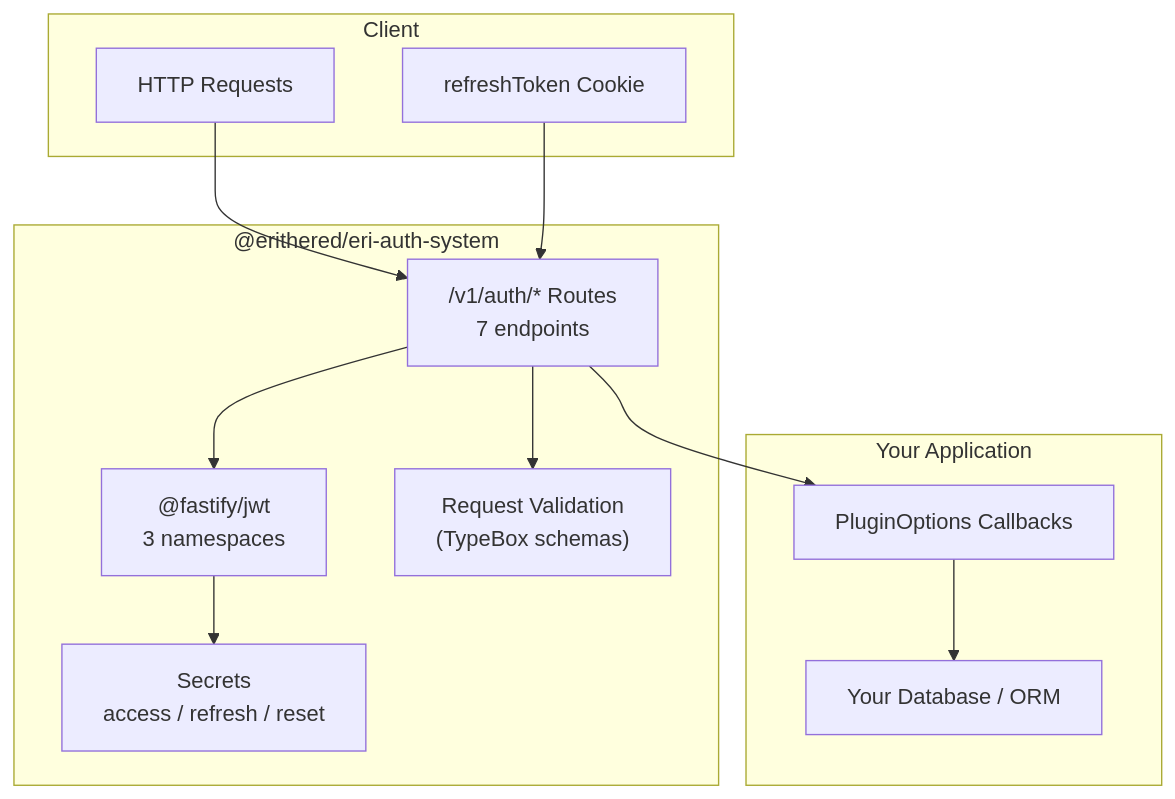
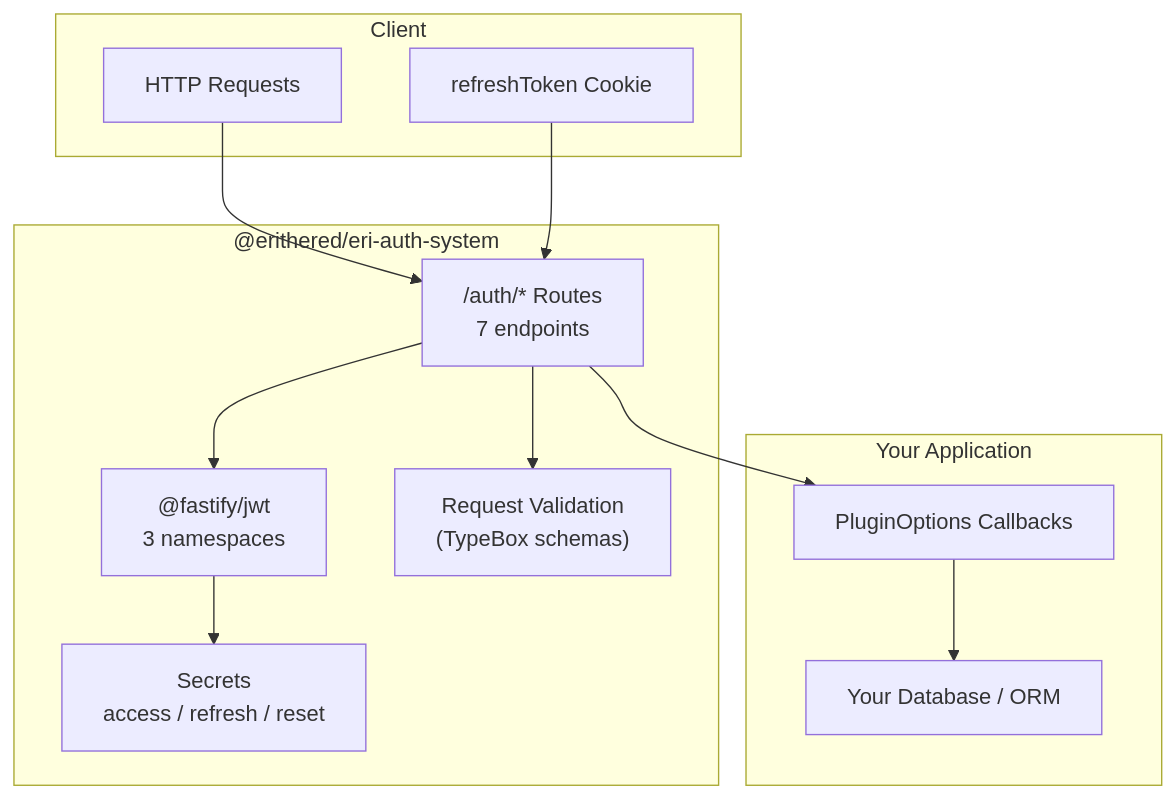
Before and after one commit to SirEriTheRed/eri-auth-system: the diagram in docs/_media/docs/README.md, drawn with Mermaid. The commit also changed other lines of this file and 25 other files, not shown here.

````diff
--- a/docs/_media/docs/README.md
+++ b/docs/_media/docs/README.md
@@ -97,27 +97,27 @@
 ```mermaid
 graph TB
     subgraph Client["Client"]
         HTTP[HTTP Requests]
         Cookie["refreshToken Cookie"]
     end
 
     subgraph Plugin["@erithered/eri-auth-system"]
-        Routes["/v1/auth/* Routes<br/>7 endpoints"]
+        Routes["/auth/* Routes<br/>7 endpoints"]
         Secrets["Secrets<br/>access / refresh / reset"]
         JWT["@fastify/jwt<br/>3 namespaces"]
         Validation["Request Validation<br/>(TypeBox schemas)"]
     end
 
     subgraph You["Your Application"]
         Callbacks["PluginOptions Callbacks"]
         DB["Your Database / ORM"]
     end
 
     HTTP --> Routes
     Cookie --> Routes
     Routes --> JWT
     Routes --> Validation
     JWT --> Secrets
     Routes --> Callbacks
     Callbacks --> DB
 ```
````
